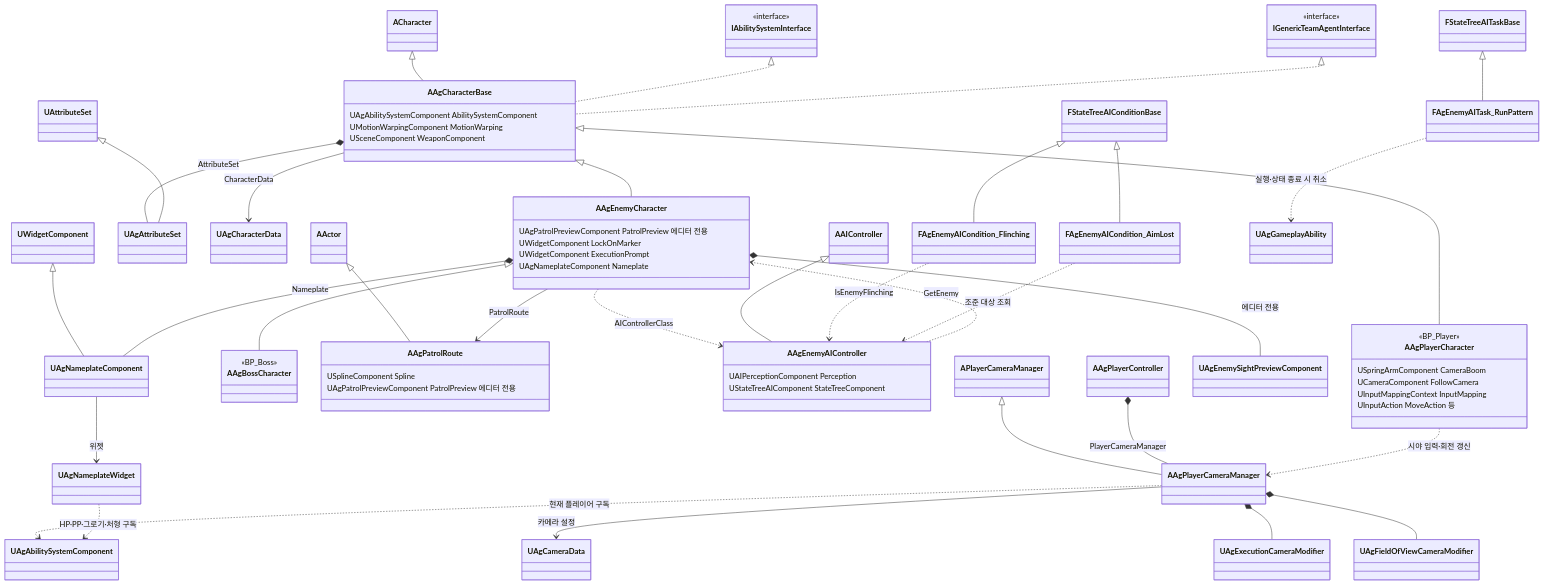
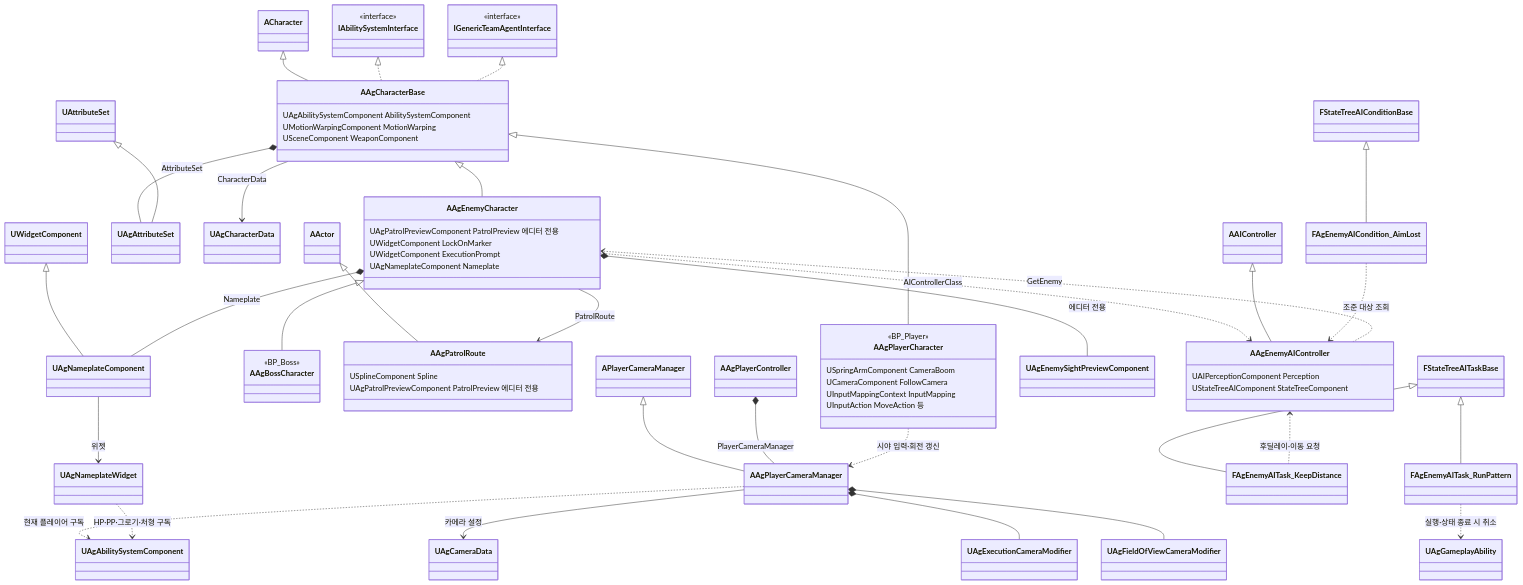
One commit to Woogl/Ag changed the first of 6 diagrams in Docs/Architecture/캐릭터 기반 구조와 GAS.md. Above: the diagram before and after it, drawn with Mermaid. The commit also changed other lines of this file and 38 other files, not shown here.

````diff
--- a/Docs/Architecture/캐릭터 기반 구조와 GAS.md
+++ b/Docs/Architecture/캐릭터 기반 구조와 GAS.md
@@ -52,73 +64,73 @@
 ```mermaid
 classDiagram
     direction TB
     class IAbilitySystemInterface {
         <<interface>>
     }
     class IGenericTeamAgentInterface {
         <<interface>>
     }
     class AAgCharacterBase {
         UAgAbilitySystemComponent AbilitySystemComponent
         UMotionWarpingComponent MotionWarping
         USceneComponent WeaponComponent
     }
     class AAgPlayerCharacter {
         <<BP_Player>>
         USpringArmComponent CameraBoom
         UCameraComponent FollowCamera
         UInputMappingContext InputMapping
         UInputAction MoveAction 등
     }
     class AAgPlayerCameraManager
     class AAgEnemyCharacter {
         UAgPatrolPreviewComponent PatrolPreview 에디터 전용
         UWidgetComponent LockOnMarker
         UWidgetComponent ExecutionPrompt
         UAgNameplateComponent Nameplate
     }
     class AAgBossCharacter {
         <<BP_Boss>>
     }
     class AAgPatrolRoute {
         USplineComponent Spline
         UAgPatrolPreviewComponent PatrolPreview 에디터 전용
     }
     class AAgEnemyAIController {
         UAIPerceptionComponent Perception
         UStateTreeAIComponent StateTreeComponent
     }
     ACharacter <|-- AAgCharacterBase
     IAbilitySystemInterface <|.. AAgCharacterBase
     IGenericTeamAgentInterface <|.. AAgCharacterBase
     AAgCharacterBase <|-- AAgPlayerCharacter
     APlayerCameraManager <|-- AAgPlayerCameraManager
     AAgPlayerController *-- AAgPlayerCameraManager : PlayerCameraManager
     AAgPlayerCharacter ..> AAgPlayerCameraManager : 시야 입력·회전 갱신
     AAgPlayerCameraManager ..> UAgAbilitySystemComponent : 현재 플레이어 구독
     AAgPlayerCameraManager --> UAgCameraData : 카메라 설정
     AAgPlayerCameraManager *-- UAgExecutionCameraModifier
     AAgPlayerCameraManager *-- UAgFieldOfViewCameraModifier
     AAgCharacterBase <|-- AAgEnemyCharacter
     AAgEnemyCharacter <|-- AAgBossCharacter
 
     AAgCharacterBase *-- UAgAttributeSet : AttributeSet
     UAttributeSet <|-- UAgAttributeSet
     AAgCharacterBase --> UAgCharacterData : CharacterData
     AAgEnemyCharacter ..> AAgEnemyAIController : AIControllerClass
     AActor <|-- AAgPatrolRoute
     AAgEnemyCharacter --> AAgPatrolRoute : PatrolRoute
     AAgEnemyCharacter *-- UAgEnemySightPreviewComponent : 에디터 전용
     UWidgetComponent <|-- UAgNameplateComponent
     AAgEnemyCharacter *-- UAgNameplateComponent : Nameplate
     UAgNameplateComponent --> UAgNameplateWidget : 위젯
     UAgNameplateWidget ..> UAgAbilitySystemComponent : HP·PP·그로기·처형 구독
     AAIController <|-- AAgEnemyAIController
     AAgEnemyAIController ..> AAgEnemyCharacter : GetEnemy
-    FStateTreeAIConditionBase <|-- FAgEnemyAICondition_Flinching
-    FAgEnemyAICondition_Flinching ..> AAgEnemyAIController : IsEnemyFlinching
+    FStateTreeAITaskBase <|-- FAgEnemyAITask_KeepDistance
+    AAgEnemyAIController <.. FAgEnemyAITask_KeepDistance : 후딜레이·이동 요청
     FStateTreeAIConditionBase <|-- FAgEnemyAICondition_AimLost
     FAgEnemyAICondition_AimLost ..> AAgEnemyAIController : 조준 대상 조회
     FStateTreeAITaskBase <|-- FAgEnemyAITask_RunPattern
     FAgEnemyAITask_RunPattern ..> UAgGameplayAbility : 실행·상태 종료 시 취소
 ```
````
